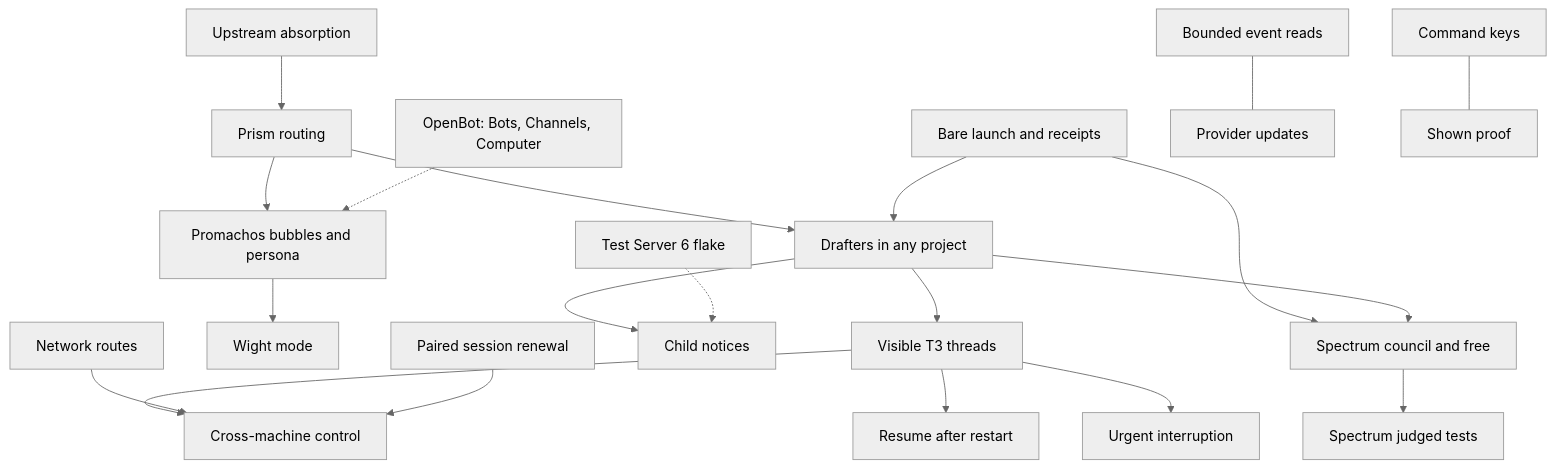
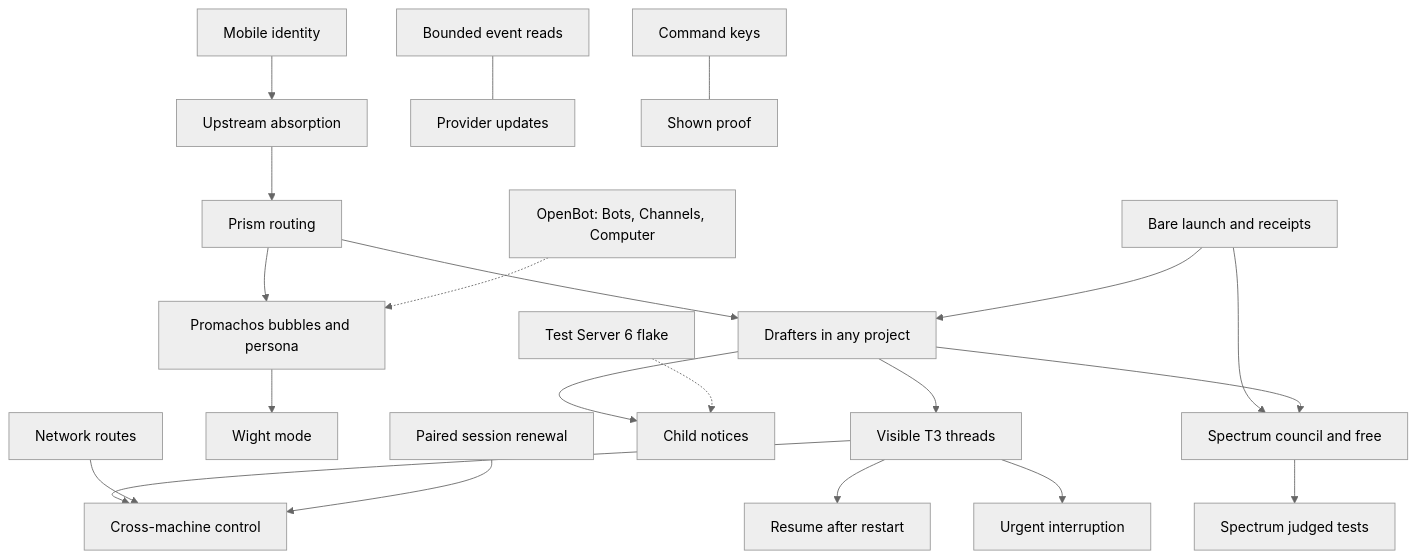
The diagram in docs/map.md (toolboxmd/chromeria), drawn with Mermaid (neutral theme) before and after one commit. The commit also changed 7 other files, not shown here.

First line of the commit message:
fix(mobile): recover Chromeria build identity on delivered main

````diff
--- a/docs/map.md
+++ b/docs/map.md
@@ -13,61 +13,64 @@
 ```mermaid
 flowchart TD
     PZ["Prism routing"]
     %% PZ: #92
     VT["Visible T3 threads"]
     %% VT: #10
     PM["Promachos bubbles and persona"]
     %% PM: #116
     WG["Wight mode"]
     %% WG: #117
     BL["Bare launch and receipts"]
     %% BL: #289, PR #335
     DR["Drafters in any project"]
     %% DR: #114 PR #126
     SC["Spectrum council and free"]
     %% SC: #118
     JT["Spectrum judged tests"]
     %% JT: #119
     OB["OpenBot: Bots, Channels, Computer"]
     %% OB: context
     UA["Upstream absorption"]
     %% UA: #370 PR #371 #166 PR #291
+    MI["Mobile identity"]
+    %% MI: #205 PR #209
     BR["Bounded event reads"]
     %% BR: #256 PR #267
     PU["Provider updates"]
     %% PU: #263 PR #272 PR #365
     RS["Resume after restart"]
     %% RS: #264 PR #301 PR #291 PR #329
     SN["Child notices"]
     %% SN: #269 PR #279 PR #342 #341
     ST["Urgent interruption"]
     %% ST: #285 PR #300
     CK["Command keys"]
     %% CK: #232 PR #243
     SP["Shown proof"]
     %% SP: #245 PR #313
     TF["Test Server 6 flake"]
     %% TF: #259 PR #278
     XM["Cross-machine control"]
     %% XM: #164 PR #368 PR #291 PR #290 PR #303 #302 PR #304
     NR["Network routes"]
     %% NR: #292 PR #359 #358 PR #364 PR #366
     PRN["Paired session renewal"]
     %% PRN: #323 PR #334 PR #339
 
     PZ --> PM --> WG
     PZ --> DR --> VT --> XM
     NR --> XM
     PRN --> XM
     BL --> DR
     BL --> SC
     DR --> SC --> JT
     DR --> SN
     VT --> RS
     VT --> ST
     OB -.-> PM
     UA --> PZ
+    MI --> UA
     CK --- SP
     TF -.-> SN
     BR --- PU
 ```
````
